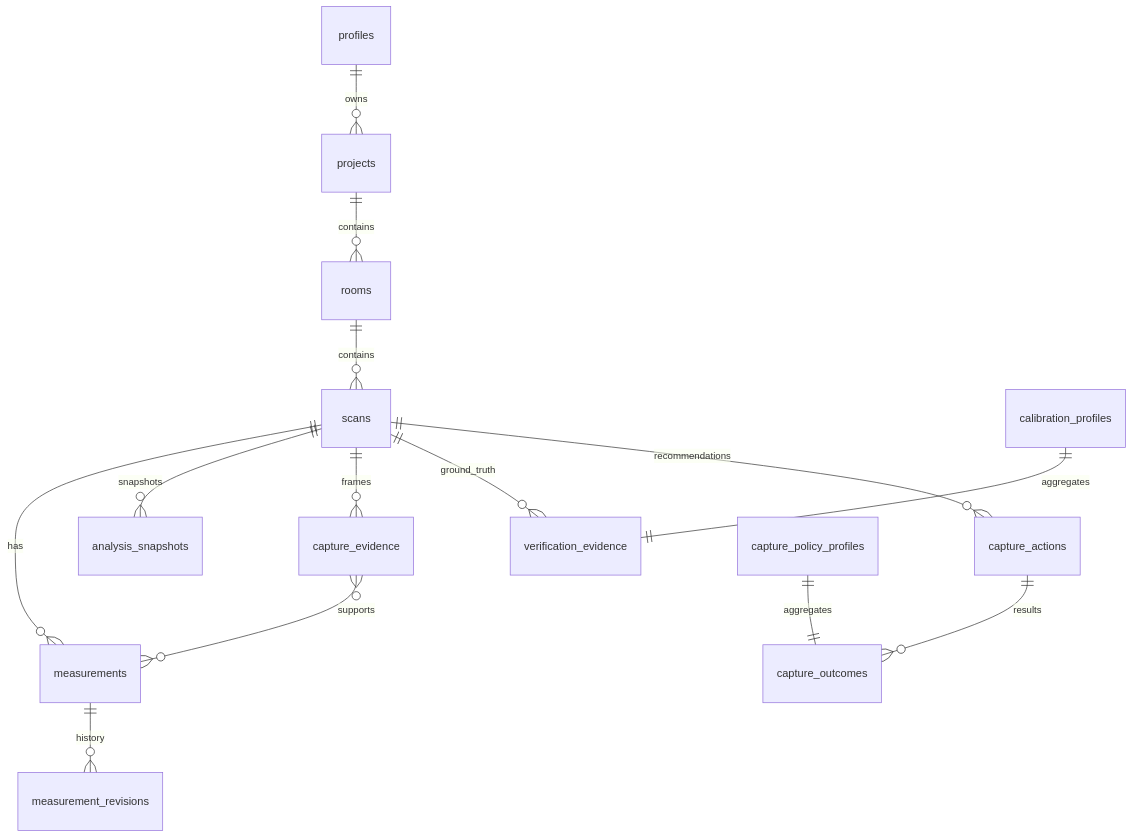
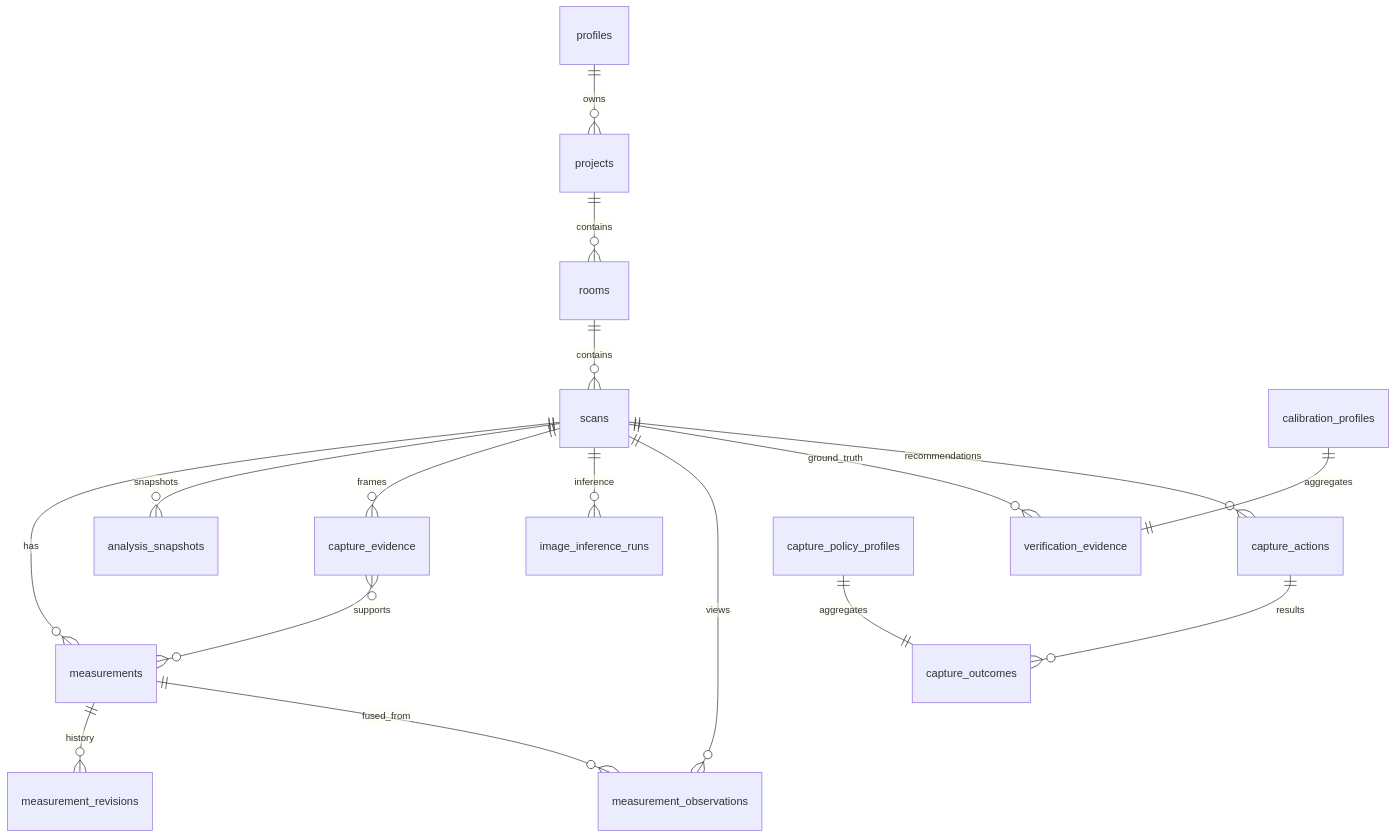
Before and after one commit to JosvierR/HomeLens: the diagram in docs/DATABASE.md, drawn with Mermaid. The commit also changed other lines of this file and 53 other files, not shown here.

````diff
--- a/docs/DATABASE.md
+++ b/docs/DATABASE.md
@@ -7,16 +7,19 @@
 ```mermaid
 erDiagram
   profiles ||--o{ projects : owns
   projects ||--o{ rooms : contains
   rooms ||--o{ scans : contains
   scans ||--o{ measurements : has
   measurements ||--o{ measurement_revisions : history
   scans ||--o{ analysis_snapshots : snapshots
   scans ||--o{ capture_evidence : frames
+  scans ||--o{ image_inference_runs : inference
+  scans ||--o{ measurement_observations : views
+  measurements ||--o{ measurement_observations : fused_from
   capture_evidence }o--o{ measurements : supports
   scans ||--o{ verification_evidence : ground_truth
   scans ||--o{ capture_actions : recommendations
   capture_actions ||--o{ capture_outcomes : results
   calibration_profiles ||--|| verification_evidence : aggregates
   capture_policy_profiles ||--|| capture_outcomes : aggregates
 ```
````
